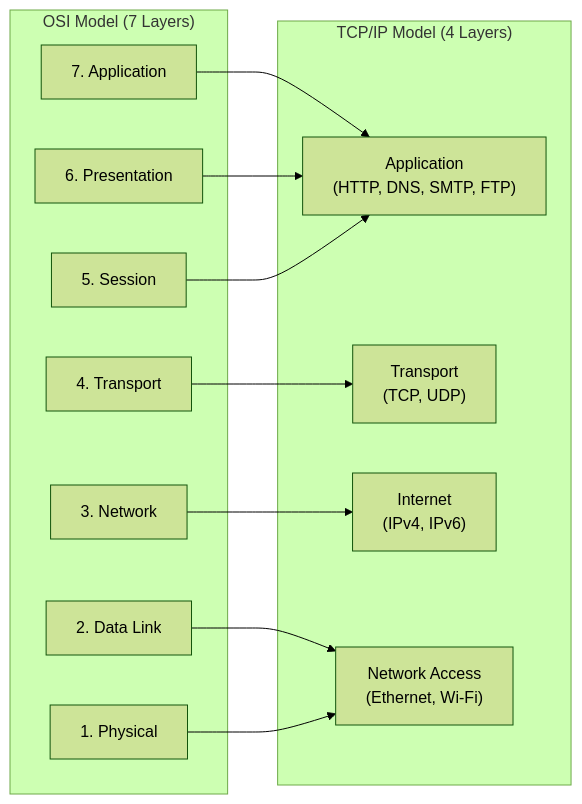
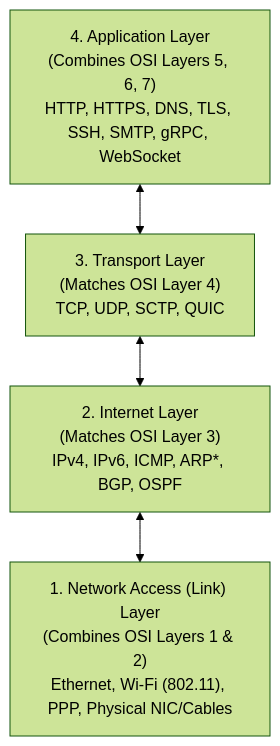
Before and after one commit to Patel-Neel-346/Notes: the fourth of 5 diagrams in Backend-engineering/3-Protocol/2-OSI-Model/1-OSI-Model.md, drawn with Mermaid (forest theme). The commit also changed other lines of this file, not shown here.

````diff
--- a/Backend-engineering/3-Protocol/2-OSI-Model/1-OSI-Model.md
+++ b/Backend-engineering/3-Protocol/2-OSI-Model/1-OSI-Model.md
@@ -667,27 +377,9 @@
 ```mermaid
-flowchart LR
-    subgraph OSI["OSI Model (7 Layers)"]
-        O7["7. Application"]
-        O6["6. Presentation"]
-        O5["5. Session"]
-        O4["4. Transport"]
-        O3["3. Network"]
-        O2["2. Data Link"]
-        O1["1. Physical"]
-    end
+flowchart TB
+    T4["4. Application Layer\n(Combines OSI Layers 5, 6, 7)\nHTTP, HTTPS, DNS, TLS, SSH, SMTP, gRPC, WebSocket"]
+    T3["3. Transport Layer\n(Matches OSI Layer 4)\nTCP, UDP, SCTP, QUIC"]
+    T2["2. Internet Layer\n(Matches OSI Layer 3)\nIPv4, IPv6, ICMP, ARP*, BGP, OSPF"]
+    T1["1. Network Access (Link) Layer\n(Combines OSI Layers 1 & 2)\nEthernet, Wi-Fi (802.11), PPP, Physical NIC/Cables"]
 
-    subgraph TCPIP["TCP/IP Model (4 Layers)"]
-        T4["Application\n(HTTP, DNS, SMTP, FTP)"]
-        T3["Transport\n(TCP, UDP)"]
-        T2["Internet\n(IPv4, IPv6)"]
-        T1["Network Access\n(Ethernet, Wi-Fi)"]
-    end
-
-    O7 --> T4
-    O6 --> T4
-    O5 --> T4
-    O4 --> T3
-    O3 --> T2
-    O2 --> T1
-    O1 --> T1
+    T4 <--> T3 <--> T2 <--> T1
 ```
````
